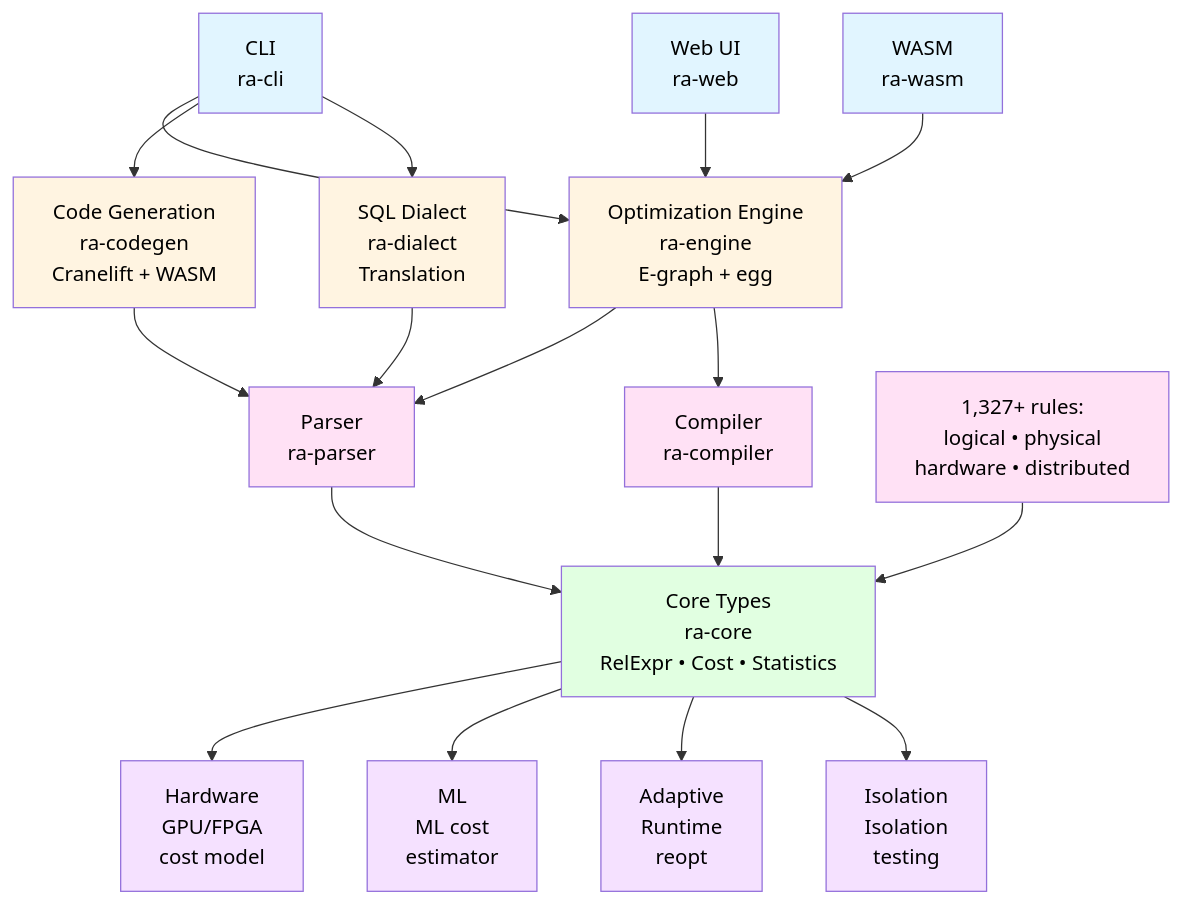
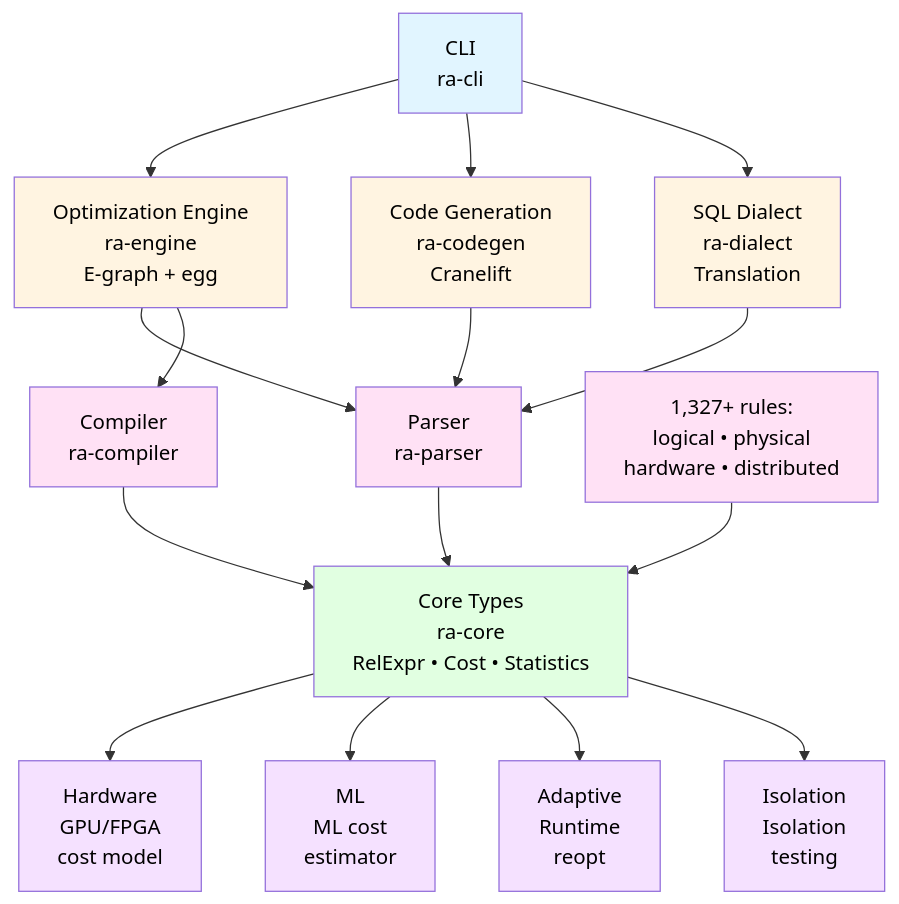
One commit to gburd/ra changed the first of 8 diagrams in docs/architecture.md. Above: the diagram before and after it, drawn with Mermaid. The commit also changed other lines of this file and 49 other files, not shown here.

First line of the commit message:
update documentation for layered architecture reorganization

````diff
--- a/docs/architecture.md
+++ b/docs/architecture.md
@@ -11,71 +11,63 @@
 ```mermaid
 flowchart TD
     A1["CLI<br/>ra-cli"]
-    A2["Web UI<br/>ra-web"]
-    A3["WASM<br/>ra-wasm"]
 
     B1["Optimization Engine<br/>ra-engine<br/>E-graph + egg"]
-    B2["Code Generation<br/>ra-codegen<br/>Cranelift + WASM"]
+    B2["Code Generation<br/>ra-codegen<br/>Cranelift"]
     B3["SQL Dialect<br/>ra-dialect<br/>Translation"]
 
     C1["Parser<br/>ra-parser"]
     C2["Compiler<br/>ra-compiler"]
     C3["1,327+ rules:<br/>logical • physical<br/>hardware • distributed"]
 
     D1["Core Types<br/>ra-core<br/>RelExpr • Cost • Statistics"]
 
     E1["Hardware<br/>GPU/FPGA<br/>cost model"]
     E2["ML<br/>ML cost<br/>estimator"]
     E3["Adaptive<br/>Runtime<br/>reopt"]
     E4["Isolation<br/>Isolation<br/>testing"]
 
     A1 --> B1
-    A2 --> B1
-    A3 --> B1
     A1 --> B2
     A1 --> B3
 
     B1 --> C1
     B1 --> C2
     B2 --> C1
     B3 --> C1
 
     C1 --> D1
     C2 --> D1
     C3 --> D1
 
     D1 --> E1
     D1 --> E2
     D1 --> E3
     D1 --> E4
 
     click A1 "/ra/maintainers/cli-reference" "CLI Documentation"
-    click A2 "/ra/integrations/web-ui" "Web UI Documentation"
-    click A3 "/ra/architecture#ra-wasm" "WASM Module"
     click B1 "/ra/architecture#ra-engine" "Optimization Engine"
     click B2 "/ra/architecture#ra-codegen" "Code Generation"
     click B3 "/ra/architecture#ra-dialect" "SQL Dialect Translation"
     click C1 "/ra/architecture#ra-parser" "SQL Parser"
     click C2 "/ra/architecture#ra-compiler" "Rule Compiler"
     click C3 "/ra/rules/" "Rule Catalog"
     click D1 "/ra/architecture#ra-core" "Core Types and Traits"
     click E1 "/ra/architecture#ra-hardware" "Hardware Cost Models"
     click E2 "/ra/architecture#ra-ml" "ML Cardinality Estimation"
     click E3 "/ra/architecture#ra-adaptive" "Adaptive Execution"
     click E4 "/ra/features/formal-verification" "Formal Verification"
 
     style A1 fill:#e1f5ff,color:#000
-    style A2 fill:#e1f5ff,color:#000
-    style A3 fill:#e1f5ff,color:#000
     style B1 fill:#fff4e1,color:#000
     style B2 fill:#fff4e1,color:#000
     style B3 fill:#fff4e1,color:#000
     style C1 fill:#ffe1f5,color:#000
     style C2 fill:#ffe1f5,color:#000
     style C3 fill:#ffe1f5,color:#000
     style D1 fill:#e1ffe1,color:#000
     style E1 fill:#f5e1ff,color:#000
     style E2 fill:#f5e1ff,color:#000
     style E3 fill:#f5e1ff,color:#000
     style E4 fill:#f5e1ff,color:#000
 ```
````
